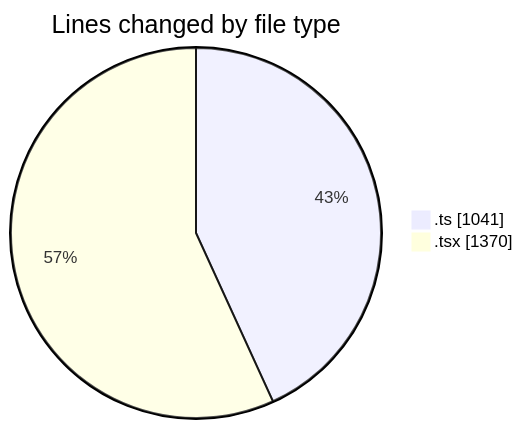
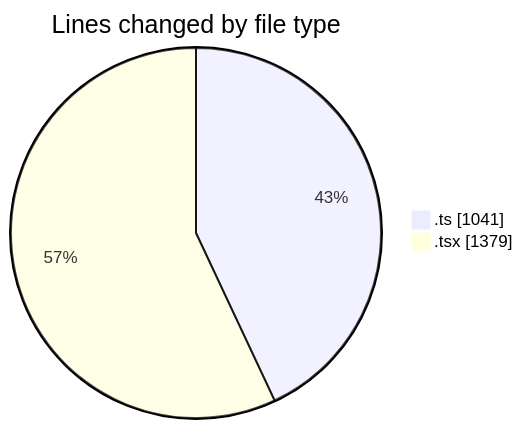
The first of 2 diagrams in 2025-09-02/cda/README.md (momahboobian/code-tracking), drawn with Mermaid before and after one commit. The commit also changed other lines of this file and 1 other file, not shown here.

````diff
--- a/2025-09-02/cda/README.md
+++ b/2025-09-02/cda/README.md
@@ -28,6 +28,6 @@
 ```mermaid
 pie showData
 title Lines changed by file type
 ".ts" : 1041
-".tsx" : 1370
+".tsx" : 1379
 ```
````
